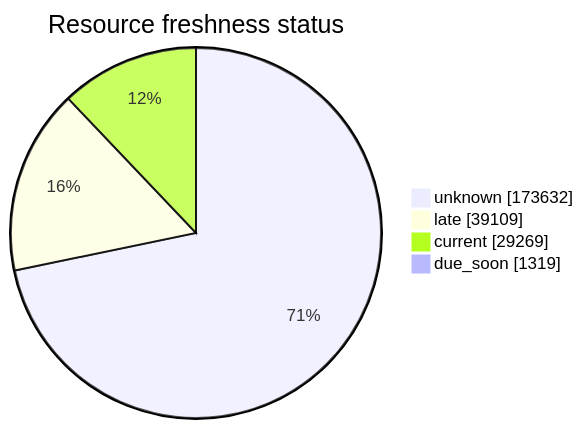
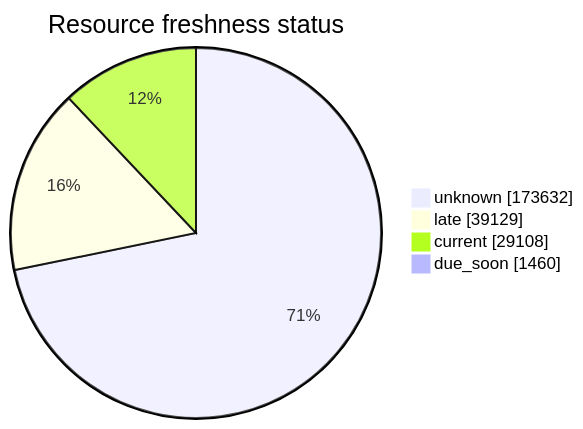
The third of 5 diagrams in FreshCheck/README.md (open-data/analytics-corporate-reporting), drawn with Mermaid before and after one commit. The commit also changed other lines of this file and 3 other files, not shown here.

````diff
--- a/FreshCheck/README.md
+++ b/FreshCheck/README.md
@@ -77,7 +77,7 @@
 ```mermaid
 pie showData title Resource freshness status
     "unknown": 173632
-    "late": 39109
-    "current": 29269
-    "due_soon": 1319
+    "late": 39129
+    "current": 29108
+    "due_soon": 1460
 ```
````
